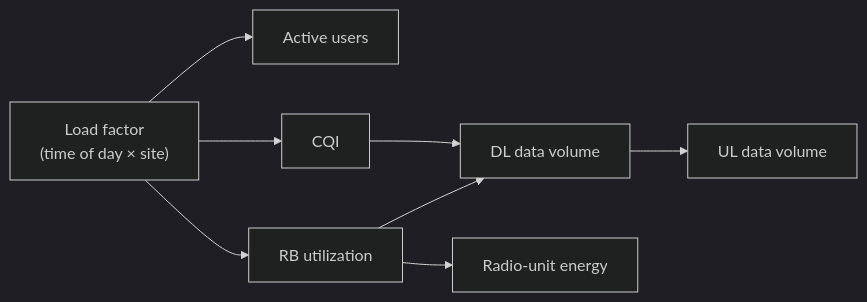
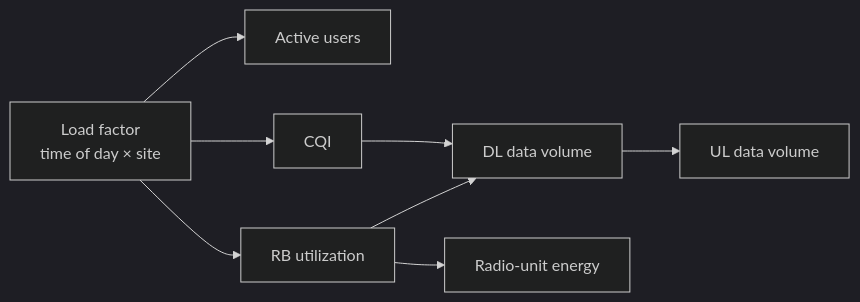
The eighth of 9 diagrams in README.md (MohammedAhmed-01/TelcoPulseCluster), drawn with Mermaid (dark theme) before and after one commit. The commit also changed other lines of this file, not shown here.

````diff
--- a/README.md
+++ b/README.md
@@ -275,10 +530,10 @@
 ```mermaid
 flowchart LR
-    L["Load factor<br/>(time of day × site)"] --> U["Active users"]
+    L["Load factor<br/>time of day × site"] --> U["Active users"]
     L --> R["RB utilization"]
     L --> Q["CQI"]
     Q --> V["DL data volume"]
     R --> V
     V --> UL["UL data volume"]
     R --> E["Radio-unit energy"]
 ```
````
